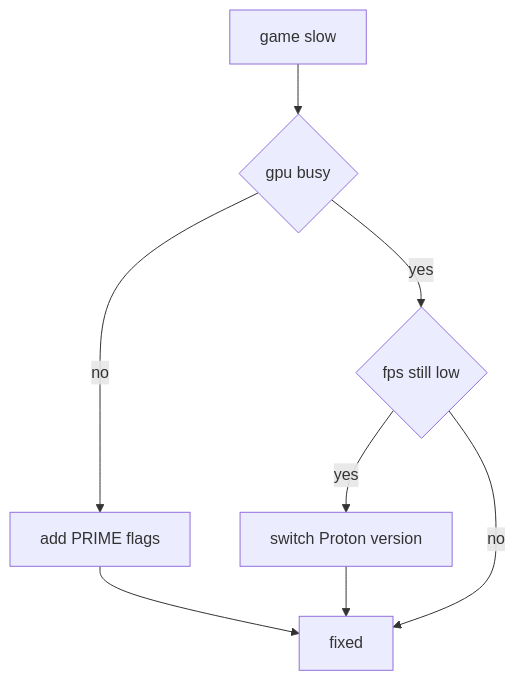
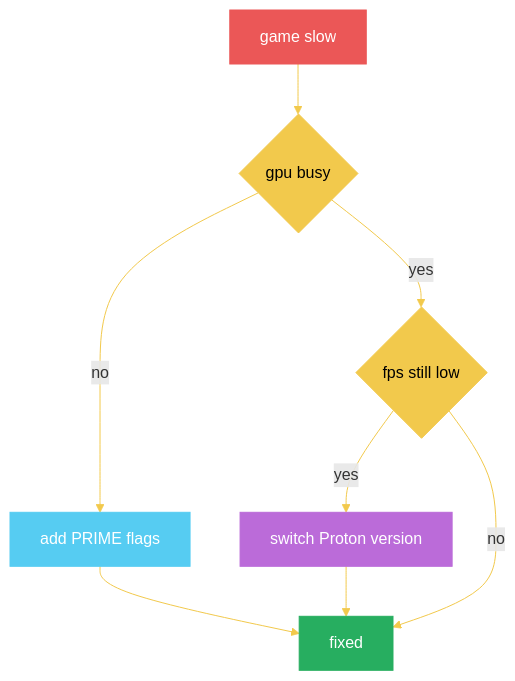
Before and after one commit to 444Nazky/My-Vault: the third of 5 diagrams in Graphs/Gaming-Diagrams.md, drawn with Mermaid. The commit also changed other lines of this file and 15 other files, not shown here.

````diff
--- a/Graphs/Gaming-Diagrams.md
+++ b/Graphs/Gaming-Diagrams.md
@@ -37,10 +44,17 @@
 ```mermaid
+%%{init: {'theme': 'default', 'themeVariables': { 'primaryColor': '#F2C94C', 'lineColor': '#F2C94C'}}}%%
 flowchart TD
  A["game slow"] --> B{"gpu busy"}
  B -->|"no"| C["add PRIME flags"]
  B -->|"yes"| D{"fps still low"}
  D -->|"yes"| E["switch Proton version"]
  D -->|"no"| F["fixed"]
  C --> F
  E --> F
+ style A fill:#EB5757,stroke:#EB5757,color:#fff
+ style B fill:#F2C94C,stroke:#F2C94C,color:#000
+ style D fill:#F2C94C,stroke:#F2C94C,color:#000
+ style F fill:#27AE60,stroke:#27AE60,color:#fff
+ style C fill:#56CCF2,stroke:#56CCF2,color:#fff
+ style E fill:#BB6BD9,stroke:#BB6BD9,color:#fff
 ```
````
